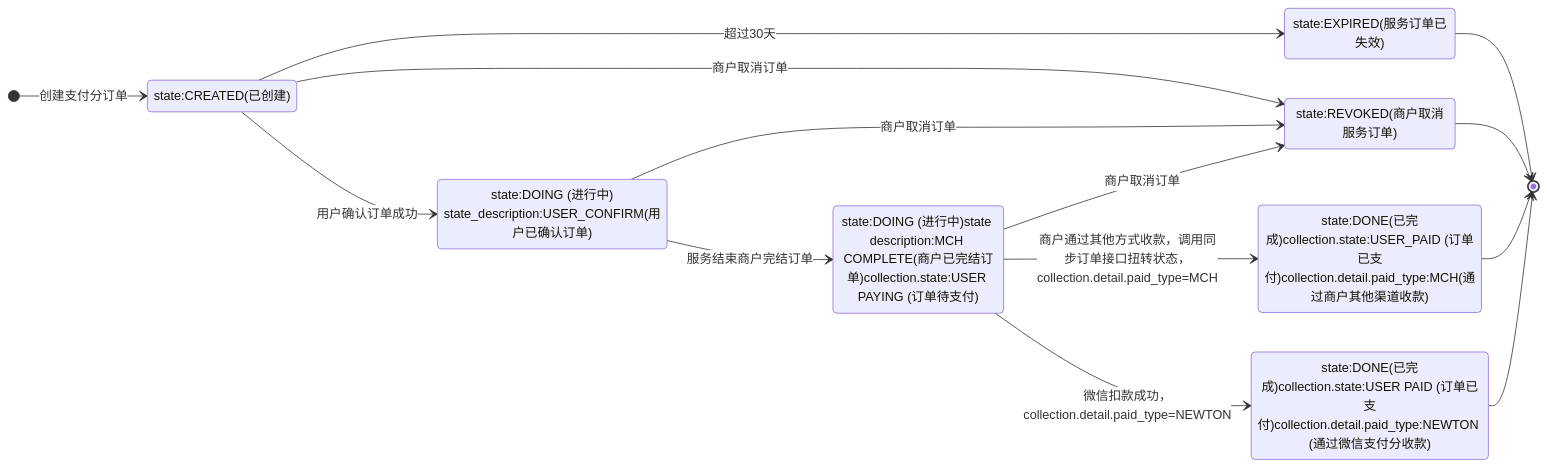
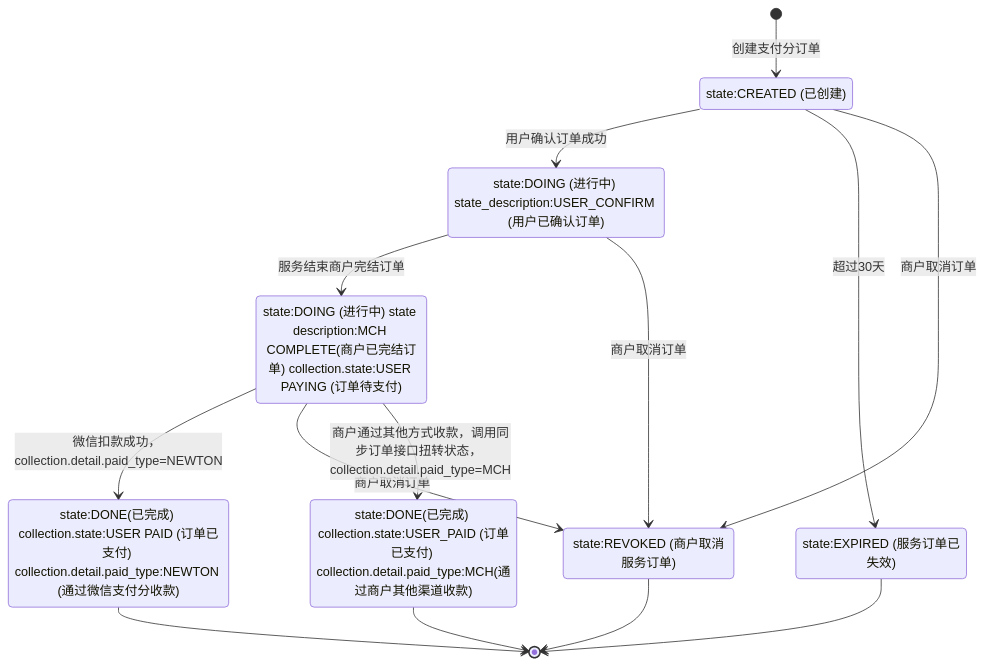
One commit to minibear2021/wechatpay_docs changed the sixth of 6 diagrams in docs/merchant/pages/4012587166.md. Above: the diagram before and after it, drawn with Mermaid. The commit also changed other lines of this file and 46 other files, not shown here.

````diff
--- a/docs/merchant/pages/4012587166.md
+++ b/docs/merchant/pages/4012587166.md
@@ -241,26 +227,23 @@
 ```mermaid
-%%{init: {'themeVariables':{'edgeLabelBackground':'#ffffff'}}}%%
 stateDiagram-v2
-    direction LR
-    state "state:CREATED(已创建)" as S2
-    state "state:EXPIRED(服务订单已失效)" as S3
-    state "state:DOING (进行中)<br/>state_description:USER_CONFIRM(用户已确认订单)" as S4
-    state "state:REVOKED(商户取消服务订单)" as S5
-    state "state:DOING (进行中)state description:MCH COMPLETE(商户已完结订单)collection.state:USER PAYING (订单待支付)" as S6
-    state "state:DONE(已完成)collection.state:USER_PAID (订单已支付)collection.detail.paid_type:MCH(通过商户其他渠道收款)" as S7
-    state "state:DONE(已完成)collection.state:USER PAID (订单已支付)collection.detail.paid_type:NEWTON (通过微信支付分收款)" as S8
-
-    [*] --> S2: 创建支付分订单
-    S2 --> S3: 超过30天
-    S2 --> S4: 用户确认订单成功
-    S2 --> S5: 商户取消订单
-    S3 --> [*]
-    S4 --> S5: 商户取消订单
-    S4 --> S6: 服务结束商户完结订单
-    S5 --> [*]
-    S6 --> S5: 商户取消订单
-    S6 --> S7: 商户通过其他方式收款，调用同步订单接口扭转状态，<br/>collection.detail.paid_type=MCH
-    S6 --> S8: 微信扣款成功，<br/>collection.detail.paid_type=NEWTON
-    S7 --> [*]
-    S8 --> [*]
+  state "state:CREATED (已创建)" as S0
+  state "state:DOING (进行中) state_description:USER_CONFIRM (用户已确认订单)" as S1
+  state "state:DOING (进行中) state description:MCH COMPLETE(商户已完结订单) collection.state:USER PAYING (订单待支付)" as S2
+  state "state:DONE(已完成) collection.state:USER PAID (订单已支付) collection.detail.paid_type:NEWTON (通过微信支付分收款)" as S3
+  state "state:EXPIRED (服务订单已失效)" as S4
+  state "state:REVOKED (商户取消服务订单)" as S5
+  state "state:DONE(已完成) collection.state:USER_PAID (订单已支付) collection.detail.paid_type:MCH(通过商户其他渠道收款)" as S6
+  [*] --> S0 : 创建支付分订单
+  S0 --> S1 : 用户确认订单成功
+  S1 --> S2 : 服务结束商户完结订单
+  S2 --> S3 : 微信扣款成功， collection.detail.paid_type=NEWTON
+  S3 --> [*]
+  S0 --> S4 : 超过30天
+  S0 --> S5 : 商户取消订单
+  S1 --> S5 : 商户取消订单
+  S2 --> S5 : 商户取消订单
+  S2 --> S6 : 商户通过其他方式收款，调用同步订单接口扭转状态， collection.detail.paid_type=MCH
+  S4 --> [*]
+  S5 --> [*]
+  S6 --> [*]
 ```
````
